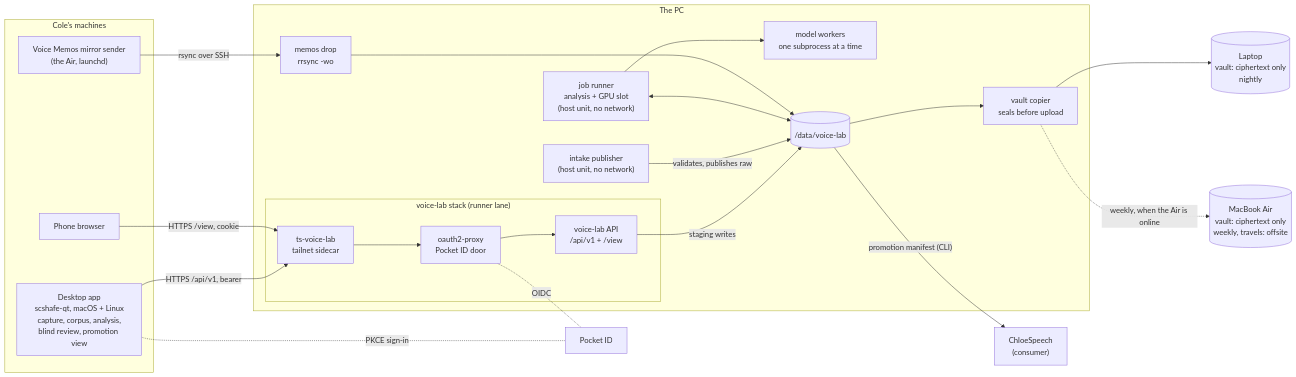
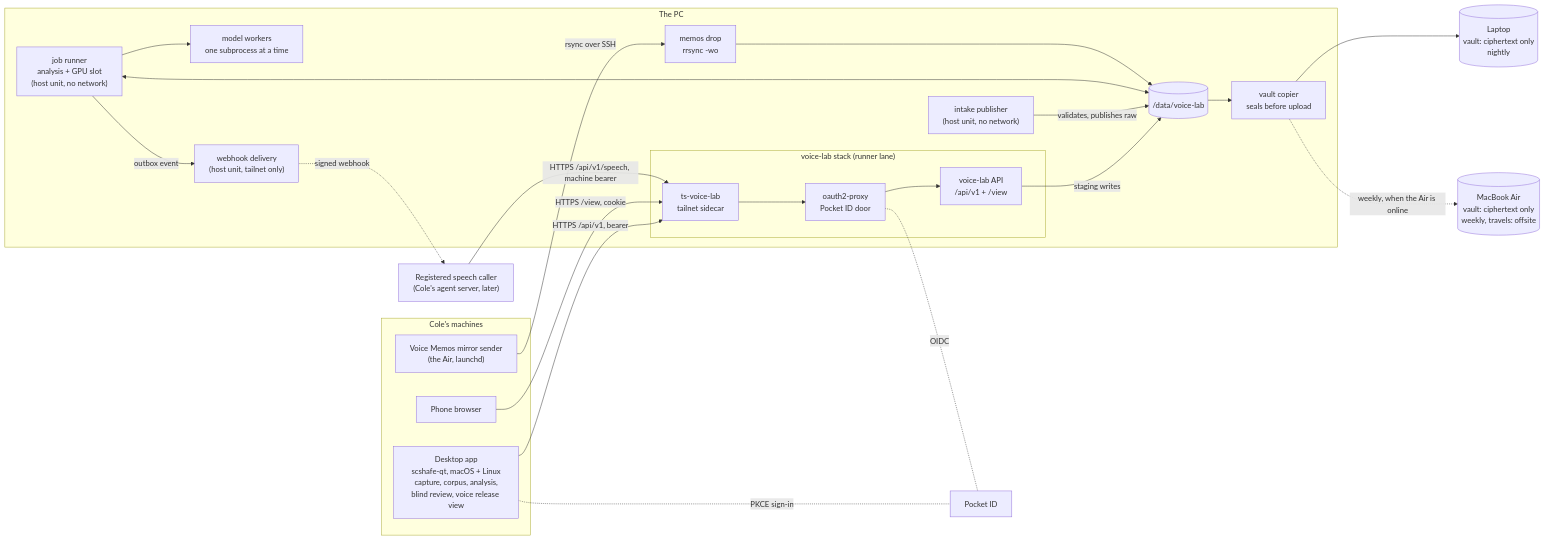
One commit to scshafe/voice-lab changed the diagram in docs/design/VOICE-PLATFORM.md. Above: the diagram before and after it, drawn with Mermaid. The commit also changed other lines of this file and 30 other files, not shown here.

First line of the commit message:
Retire ChloeSpeech; voice-lab speaks with Cole's voice release (D-044 to D-047)

````diff
--- a/docs/design/VOICE-PLATFORM.md
+++ b/docs/design/VOICE-PLATFORM.md
@@ -142,42 +149,45 @@
 ```mermaid
 flowchart LR
     subgraph CLIENTS["Cole's machines"]
-        APP["Desktop app<br/>scshafe-qt, macOS + Linux<br/>capture, corpus, analysis,<br/>blind review, promotion view"]
+        APP["Desktop app<br/>scshafe-qt, macOS + Linux<br/>capture, corpus, analysis,<br/>blind review, voice release view"]
         MIRROR["Voice Memos mirror sender<br/>(the Air, launchd)"]
         PHONE["Phone browser"]
     end
 
     subgraph PC["The PC"]
         subgraph STACK["voice-lab stack (runner lane)"]
             TS["ts-voice-lab<br/>tailnet sidecar"]
             DOOR["oauth2-proxy<br/>Pocket ID door"]
             API["voice-lab API<br/>/api/v1 + /view"]
         end
         INTAKE["intake publisher<br/>(host unit, no network)"]
         JOBS["job runner<br/>analysis + GPU slot<br/>(host unit, no network)"]
         WORKERS["model workers<br/>one subprocess at a time"]
         DROP["memos drop<br/>rrsync -wo"]
         DATA[("/data/voice-lab")]
         SEAL["vault copier<br/>seals before upload"]
+        HOOKS["webhook delivery<br/>(host unit, tailnet only)"]
     end
 
     LAPTOP[("Laptop<br/>vault: ciphertext only<br/>nightly")]
     OFF[("MacBook Air<br/>vault: ciphertext only<br/>weekly, travels: offsite")]
-    CHLOE["ChloeSpeech<br/>(consumer)"]
+    CALLER["Registered speech caller<br/>(Cole's agent server, later)"]
     ID["Pocket ID"]
 
     APP -- "HTTPS /api/v1, bearer" --> TS
     PHONE -- "HTTPS /view, cookie" --> TS
     TS --> DOOR --> API
     DOOR -. OIDC .- ID
     APP -. "PKCE sign-in" .- ID
     MIRROR -- "rsync over SSH" --> DROP
     API -- "staging writes" --> DATA
     INTAKE -- "validates, publishes raw" --> DATA
     JOBS --> WORKERS
     JOBS <--> DATA
     DROP --> DATA
     DATA --> SEAL --> LAPTOP
     SEAL -. "weekly, when the Air is online" .-> OFF
-    DATA -- "promotion manifest (CLI)" --> CHLOE
+    CALLER -- "HTTPS /api/v1/speech, machine bearer" --> TS
+    JOBS -- "outbox event" --> HOOKS
+    HOOKS -. "signed webhook" .-> CALLER
 ```
````
